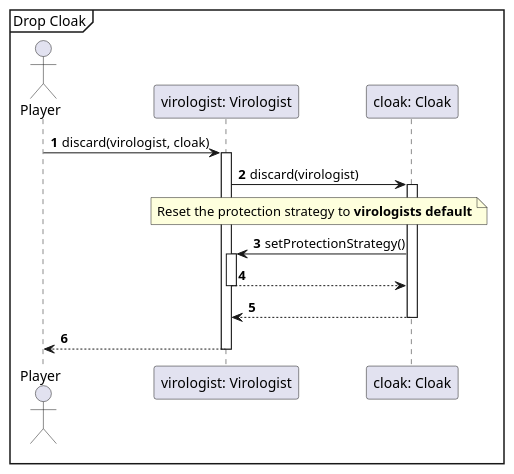
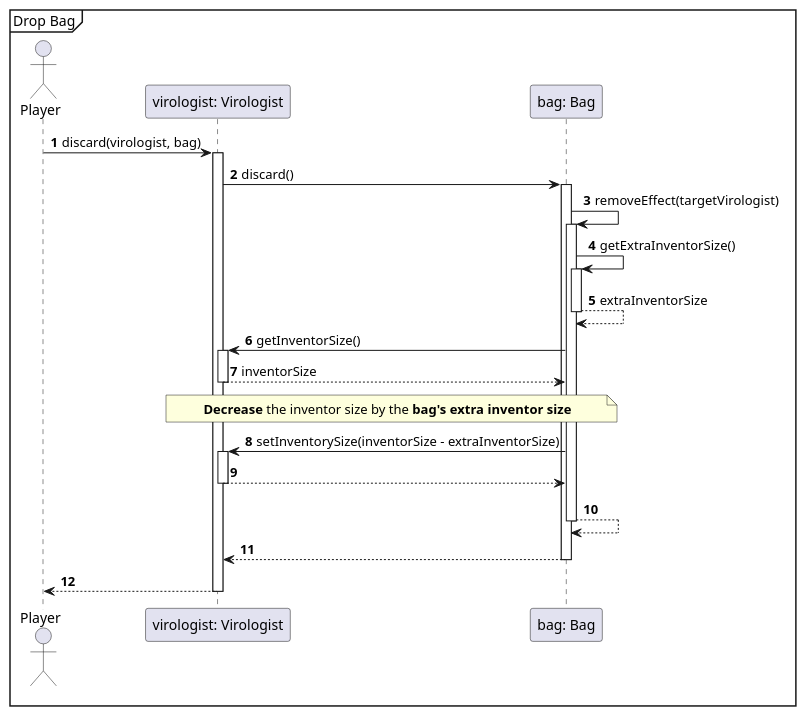
One commit to Projlab-csb/projlab-virologus changed the diagram in Exact Sequence-diagrams/DiscardBag.puml. Above: the diagram before and after it, drawn with PlantUML. The commit also changed 17 other files, not shown here.

Commit message:
Little changes in sequences

```diff
--- a/Exact Sequence-diagrams/DiscardBag.puml
+++ b/Exact Sequence-diagrams/DiscardBag.puml
@@ -1,21 +1,30 @@
 @startuml
 'https://plantuml.com/sequence-diagram
 
 autonumber
 
-Mainframe Drop Cloak
+Mainframe Drop Bag
 
 actor Player
-Player->"virologist: Virologist"++:discard(virologist, cloak)
-"virologist: Virologist"->"cloak: Cloak"++:discard(virologist)
+Player->"virologist: Virologist"++:discard(virologist, bag)
+"virologist: Virologist"->"bag: Bag"++:discard()
 
+         "bag: Bag" -> "bag: Bag"++ : removeEffect(targetVirologist)
 
-note over "virologist: Virologist", "cloak: Cloak"
-Reset the protection strategy to **virologists default**
-end note
+                 "bag: Bag" -> "bag: Bag" ++ : getExtraInventorSize()
+                 "bag: Bag"  --> "bag: Bag" -- : extraInventorSize
 
-"cloak: Cloak" -> "virologist: Virologist"++: setProtectionStrategy()
-"virologist: Virologist" --> "cloak: Cloak"--
-"cloak: Cloak"-->"virologist: Virologist"--
+                 "bag: Bag"  -> "virologist: Virologist"++ : getInventorSize()
+                 "virologist: Virologist"--> "bag: Bag" -- : inventorSize
+
+                 note over "virologist: Virologist", "bag: Bag"
+                 **Decrease** the inventor size by the **bag's extra inventor size**
+                 end note
+
+                 "bag: Bag"  -> "virologist: Virologist"++ : setInventorySize(inventorSize - extraInventorSize)
+                 "virologist: Virologist"--> "bag: Bag" --
+                 "bag: Bag"--> "bag: Bag"--
+
+        "bag: Bag"--> "virologist: Virologist"--
 "virologist: Virologist"-->Player--
 @enduml
```
